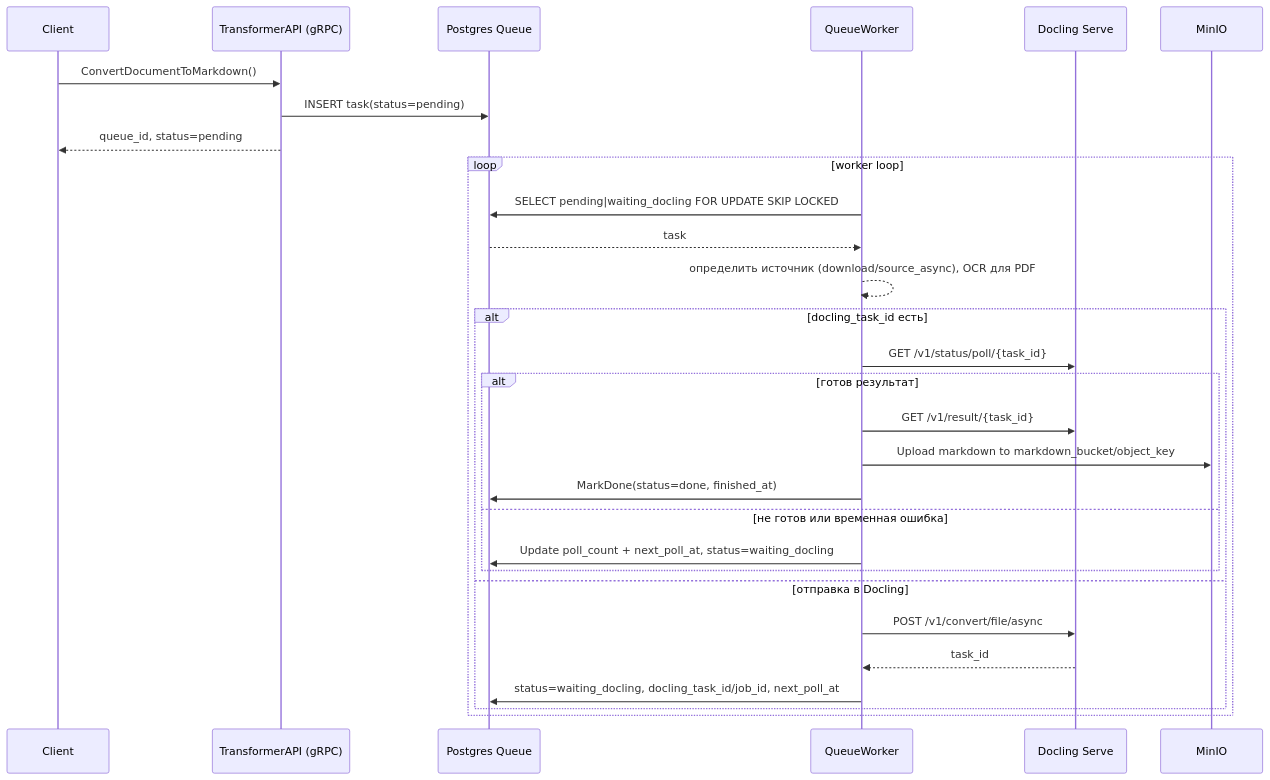
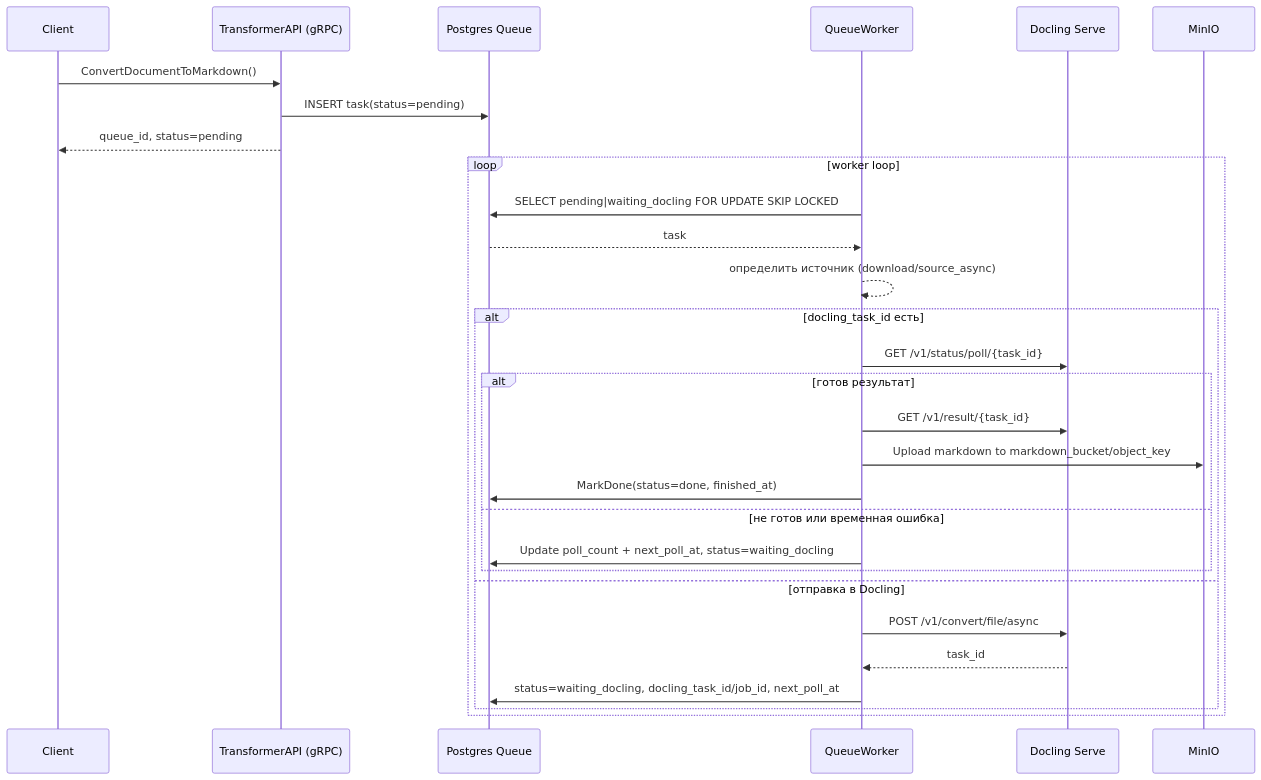
The second of 3 diagrams in backend/docling-transformer-service/task.md (FedorovTeam/mono-repo), drawn with Mermaid before and after one commit. The commit also changed other lines of this file and 20 other files, not shown here.

````diff
--- a/backend/docling-transformer-service/task.md
+++ b/backend/docling-transformer-service/task.md
@@ -159,34 +158,34 @@
 ```mermaid
 sequenceDiagram
     participant C as Client
     participant API as TransformerAPI (gRPC)
     participant DB as Postgres Queue
     participant W as QueueWorker
     participant DL as Docling Serve
     participant S3 as MinIO
 
     C->>API: ConvertDocumentToMarkdown()
     API->>DB: INSERT task(status=pending)
     API-->>C: queue_id, status=pending
 
     loop worker loop
       W->>DB: SELECT pending|waiting_docling FOR UPDATE SKIP LOCKED
       DB-->>W: task
-      W-->>W: определить источник (download/source_async), OCR для PDF
+      W-->>W: определить источник (download/source_async)
 
       alt docling_task_id есть
         W->>DL: GET /v1/status/poll/{task_id}
         alt готов результат
           W->>DL: GET /v1/result/{task_id}
           W->>S3: Upload markdown to markdown_bucket/object_key
           W->>DB: MarkDone(status=done, finished_at)
         else не готов или временная ошибка
           W->>DB: Update poll_count + next_poll_at, status=waiting_docling
         end
       else отправка в Docling
         W->>DL: POST /v1/convert/file/async
         DL-->>W: task_id
         W->>DB: status=waiting_docling, docling_task_id/job_id, next_poll_at
       end
     end
 ```
````
